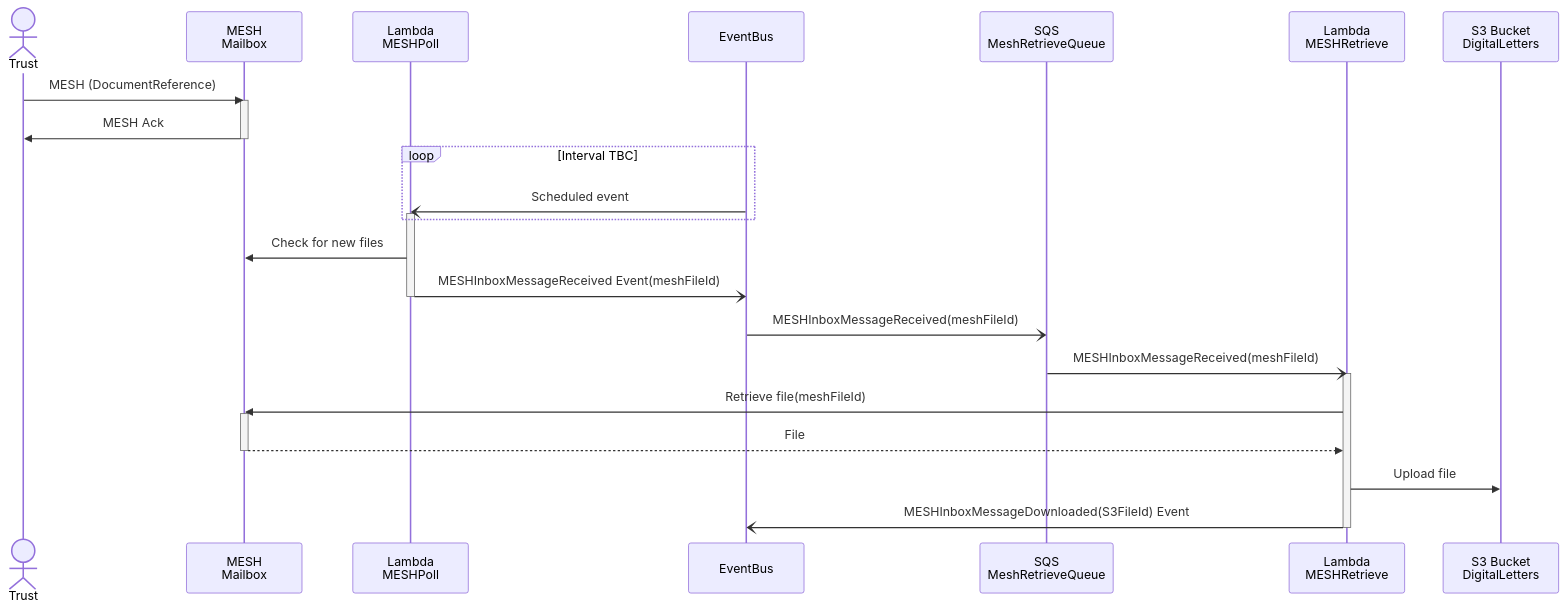
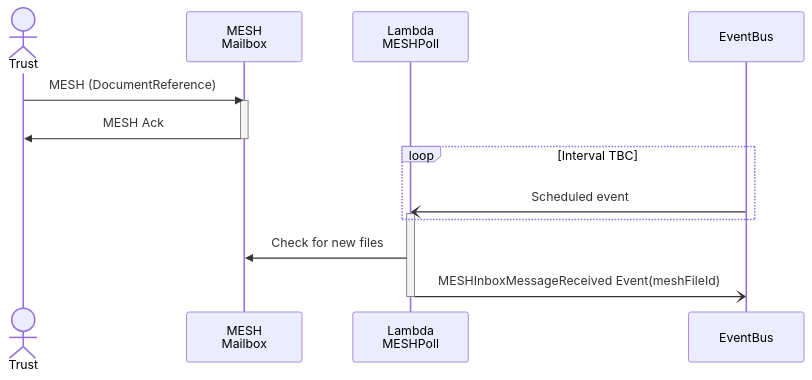
Before and after one commit to NHSDigital/nhs-notify-digital-letters: the diagram in docs/diagrams/mesh-poll-sequence.md, drawn with Mermaid. The commit also changed 1 other file, not shown here.

Commit message:
CCM-12774: Split MESH poll/retrieve sequence diagram

````diff
--- a/docs/diagrams/mesh-poll-sequence.md
+++ b/docs/diagrams/mesh-poll-sequence.md
@@ -14,35 +14,22 @@
 ```mermaid
 
 sequenceDiagram
   actor trust as Trust
   participant meshMailbox as MESH<br/>Mailbox
   participant meshPoll as Lambda<br/>MESHPoll
   participant eventBus as EventBus
-  participant sqs as SQS<br/>MeshRetrieveQueue
-  participant meshRetrieve  as Lambda<br/>MESHRetrieve
-  participant s3 as S3 Bucket<br/>DigitalLetters
 
   trust ->> meshMailbox: MESH (DocumentReference)
   activate meshMailbox
     meshMailbox ->> trust: MESH Ack
   deactivate meshMailbox
 
   Loop Interval TBC
     eventBus -) meshPoll: Scheduled event
     activate meshPoll
   end
   meshPoll ->> meshMailbox: Check for new files
   meshPoll -) eventBus: MESHInboxMessageReceived Event(meshFileId)
   deactivate meshPoll
 
-  eventBus -) sqs: MESHInboxMessageReceived(meshFileId)
-  sqs -) meshRetrieve: MESHInboxMessageReceived(meshFileId)
-  activate meshRetrieve
-    meshRetrieve ->> meshMailbox: Retrieve file(meshFileId)
-    activate meshMailbox
-      meshMailbox -->> meshRetrieve: File
-    deactivate meshMailbox
-    meshRetrieve ->> s3: Upload file
-    meshRetrieve -) eventBus: MESHInboxMessageDownloaded(S3FileId) Event
-  deactivate meshRetrieve
 ```
````
